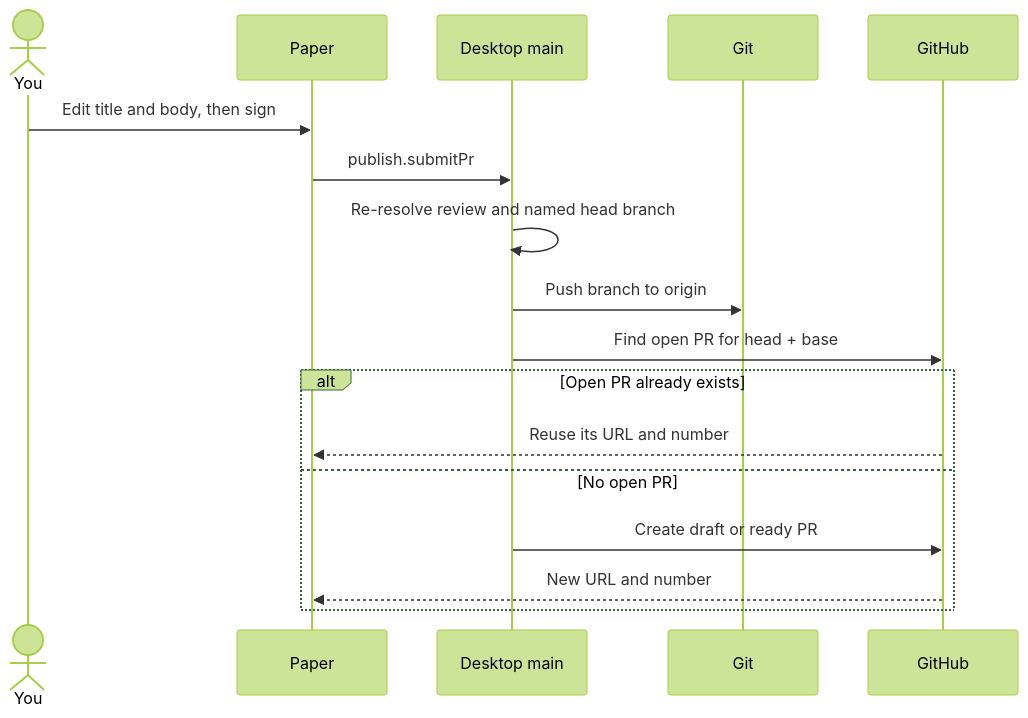
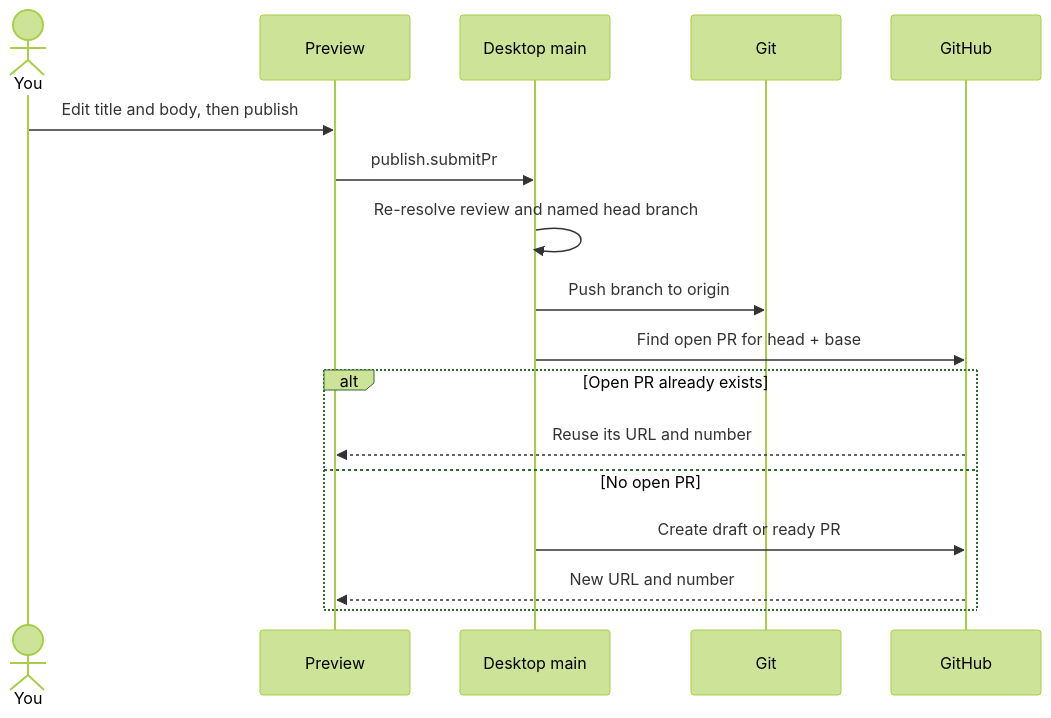
One commit to rbutera/Rennet changed the fifth of 5 diagrams in docs/src/content/docs/developing/concepts/agent-handoff.md. Above: the diagram before and after it, drawn with Mermaid (forest theme). The commit also changed other lines of this file and 53 other files, not shown here.

First line of the commit message:
refactor(language): drop the paper/signing metaphor entirely — preview → post (Rai, 2026-08-18)

````diff
--- a/docs/src/content/docs/developing/concepts/agent-handoff.md
+++ b/docs/src/content/docs/developing/concepts/agent-handoff.md
@@ -182,20 +182,20 @@
 ```mermaid
 sequenceDiagram
   actor You
-  participant Paper
+  participant Preview
   participant Main as Desktop main
   participant Git
   participant GitHub
 
-  You->>Paper: Edit title and body, then sign
-  Paper->>Main: publish.submitPr
+  You->>Preview: Edit title and body, then publish
+  Preview->>Main: publish.submitPr
   Main->>Main: Re-resolve review and named head branch
   Main->>Git: Push branch to origin
   Main->>GitHub: Find open PR for head + base
   alt Open PR already exists
-    GitHub-->>Paper: Reuse its URL and number
+    GitHub-->>Preview: Reuse its URL and number
   else No open PR
     Main->>GitHub: Create draft or ready PR
-    GitHub-->>Paper: New URL and number
+    GitHub-->>Preview: New URL and number
   end
 ```
````
